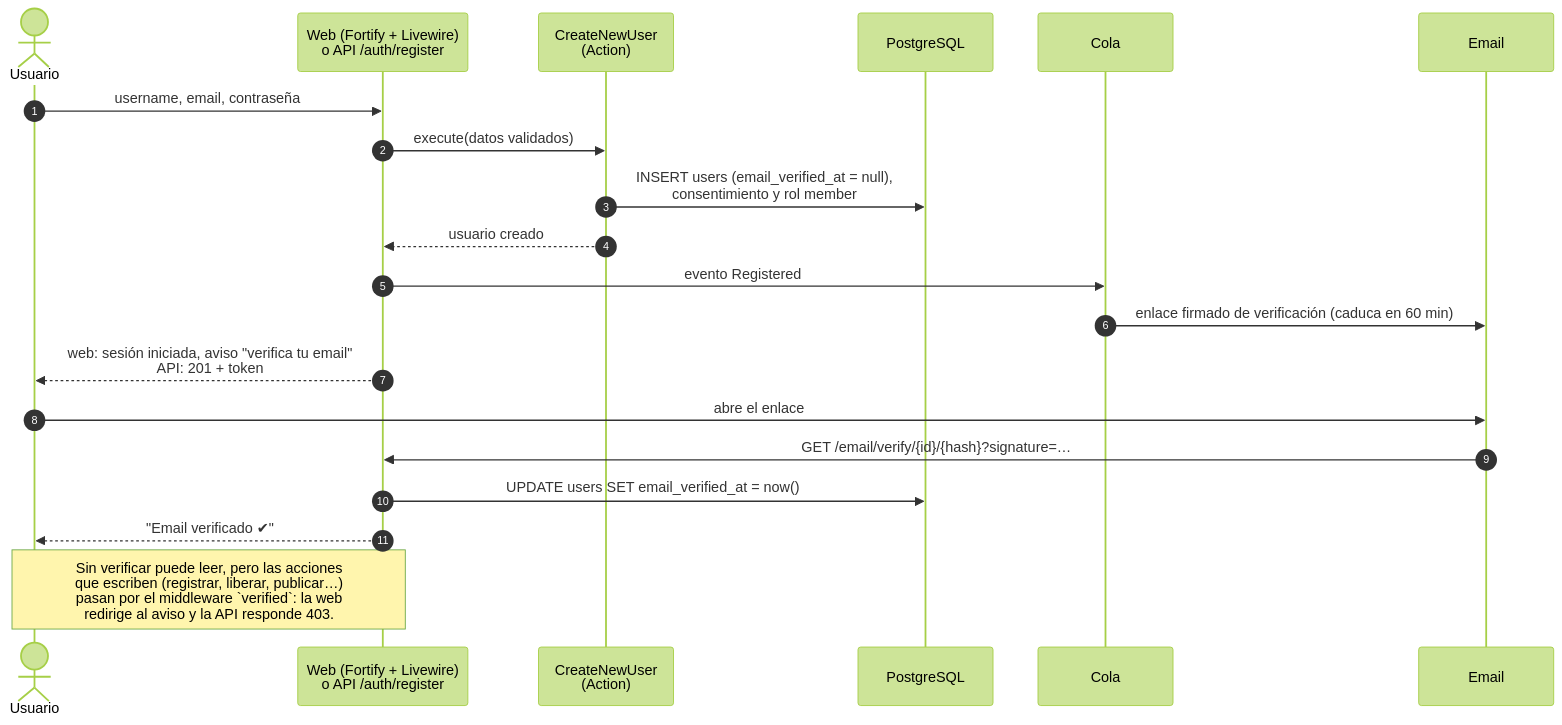
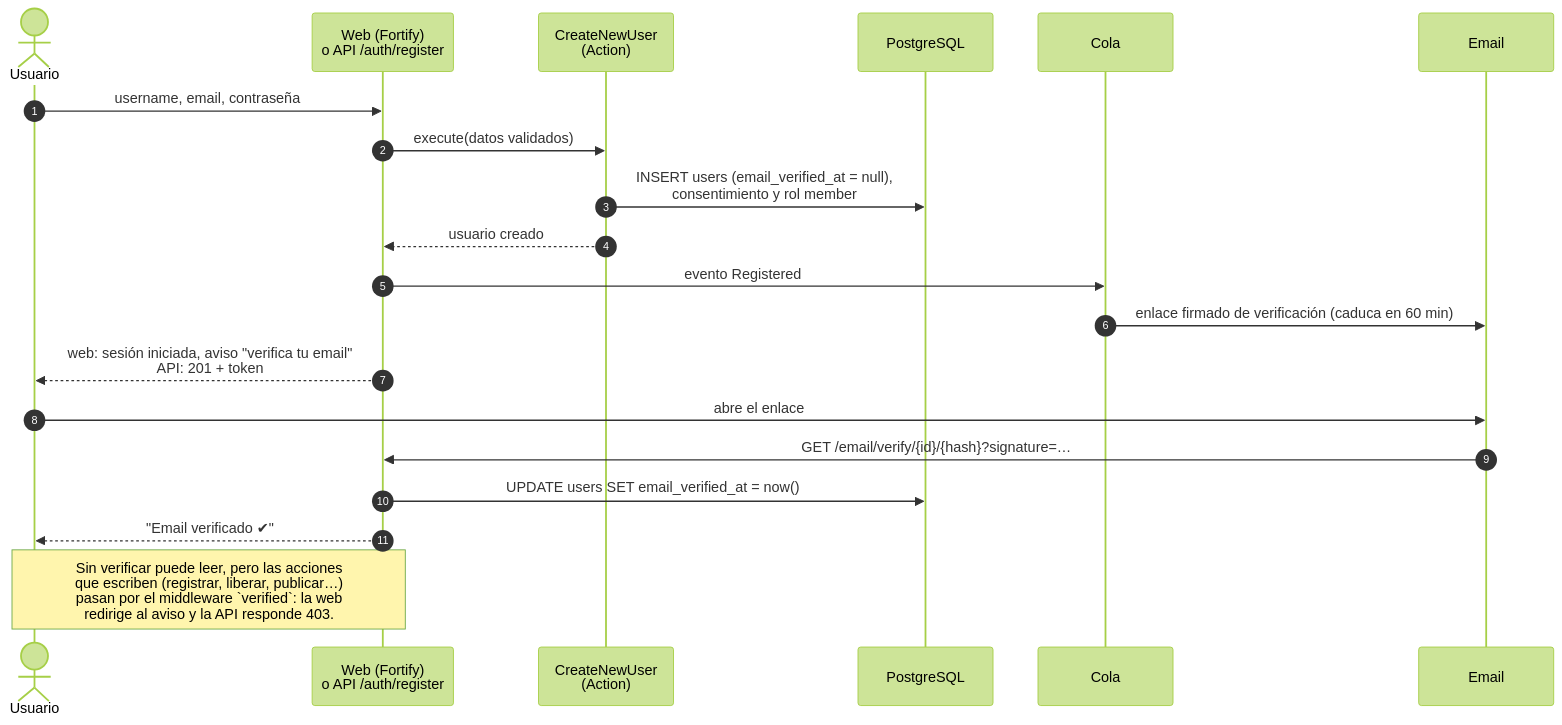
One commit to zStrikke/zBooks changed the first of 3 diagrams in docs/diagramas/09-secuencia-autenticacion.md. Above: the diagram before and after it, drawn with Mermaid (forest theme). The commit also changed other lines of this file and 18 other files, not shown here.

First line of the commit message:
refactor(auth): pantallas de cuenta en Blade y Alpine, sin Livewire (#69)

````diff
--- a/docs/diagramas/09-secuencia-autenticacion.md
+++ b/docs/diagramas/09-secuencia-autenticacion.md
@@ -7,24 +7,24 @@
 ```mermaid
 sequenceDiagram
     autonumber
     actor U as Usuario
-    participant C as Web (Fortify + Livewire)<br/>o API /auth/register
+    participant C as Web (Fortify)<br/>o API /auth/register
     participant A as CreateNewUser<br/>(Action)
     participant DB as PostgreSQL
     participant Q as Cola
     participant MAIL as Email
 
     U->>C: username, email, contraseña
     C->>A: execute(datos validados)
     A->>DB: INSERT users (email_verified_at = null),<br/>consentimiento y rol member
     A-->>C: usuario creado
     C->>Q: evento Registered
     Q->>MAIL: enlace firmado de verificación (caduca en 60 min)
     C-->>U: web: sesión iniciada, aviso "verifica tu email"<br/>API: 201 + token
     U->>MAIL: abre el enlace
     MAIL->>C: GET /email/verify/{id}/{hash}?signature=…
     C->>DB: UPDATE users SET email_verified_at = now()
     C-->>U: "Email verificado ✔"
 
     Note over U,C: Sin verificar puede leer, pero las acciones<br/>que escriben (registrar, liberar, publicar…)<br/>pasan por el middleware `verified`: la web<br/>redirige al aviso y la API responde 403.
 ```
````
